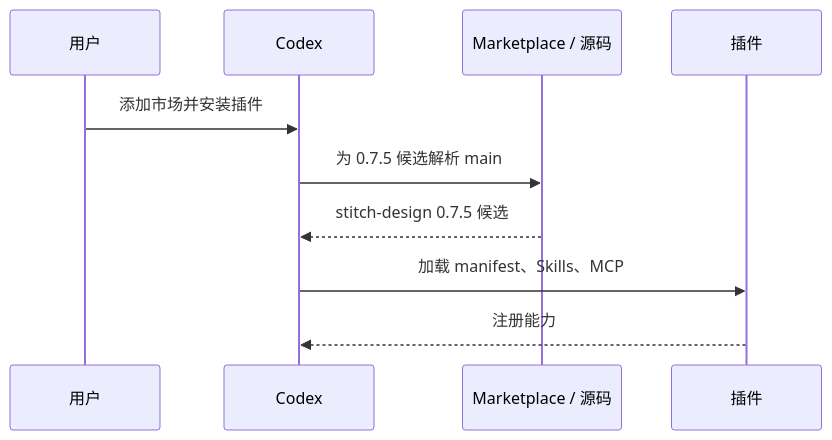
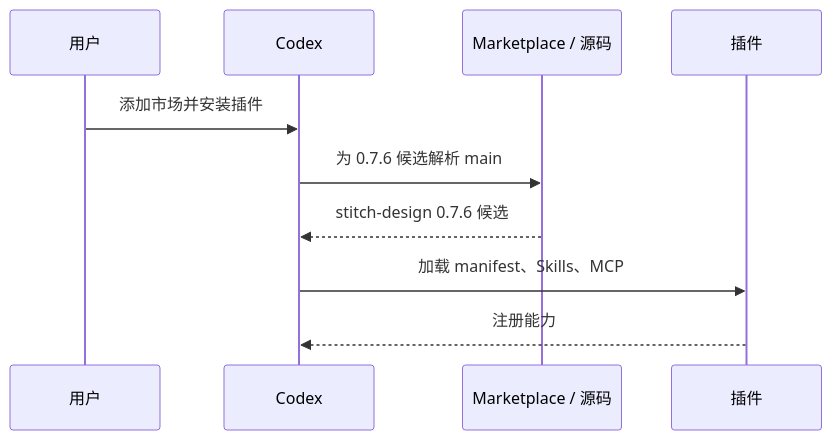
One commit to full-stack-plugins/stitch-design-plugin changed the seventh of 11 diagrams in docs/Stitch-Design-Architecture.zh_CN.md. Above: the diagram before and after it, drawn with Mermaid. The commit also changed other lines of this file and 20 other files, not shown here.

````diff
--- a/docs/Stitch-Design-Architecture.zh_CN.md
+++ b/docs/Stitch-Design-Architecture.zh_CN.md
@@ -173,12 +173,12 @@
 ```mermaid
 sequenceDiagram
     participant U as 用户
     participant C as Codex
     participant M as Marketplace / 源码
     participant P as 插件
     U->>C: 添加市场并安装插件
-    C->>M: 为 0.7.5 候选解析 main
-    M-->>C: stitch-design 0.7.5 候选
+    C->>M: 为 0.7.6 候选解析 main
+    M-->>C: stitch-design 0.7.6 候选
     C->>P: 加载 manifest、Skills、MCP
     P-->>C: 注册能力
 ```
````
